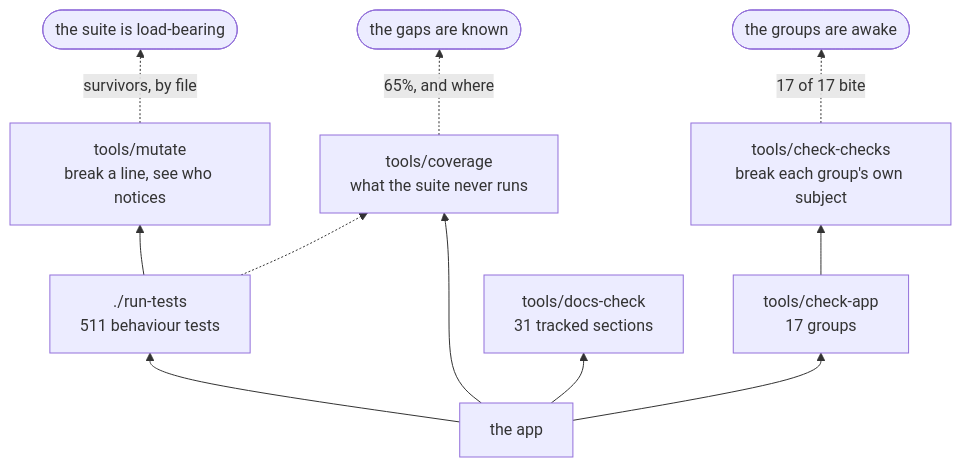
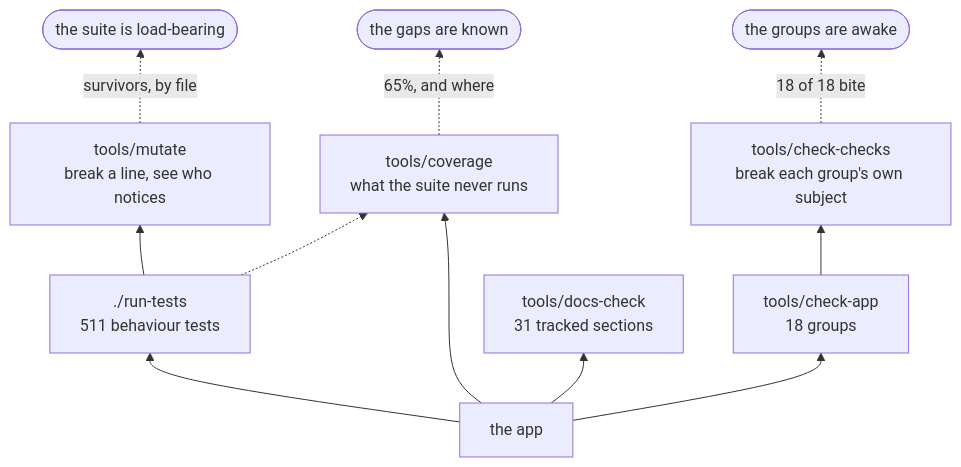
The second of 2 diagrams in docs/DEVELOPING.md (minormending/crystal-pilot-mobile), drawn with Mermaid before and after one commit. The commit also changed other lines of this file and 6 other files, not shown here.

````diff
--- a/docs/DEVELOPING.md
+++ b/docs/DEVELOPING.md
@@ -118,13 +118,13 @@
 ```mermaid
 flowchart BT
     C["the app"] --> T["./run-tests<br/>511 behaviour tests"]
-    C --> A["tools/check-app<br/>17 groups"]
+    C --> A["tools/check-app<br/>18 groups"]
     C --> D["tools/docs-check<br/>31 tracked sections"]
     C --> V["tools/coverage<br/>what the suite never runs"]
     T --> M["tools/mutate<br/>break a line, see who notices"]
     A --> K["tools/check-checks<br/>break each group's own subject"]
     T -.-> V
     M -.->|"survivors, by file"| R(["the suite is load-bearing"])
-    K -.->|"17 of 17 bite"| R2(["the groups are awake"])
+    K -.->|"18 of 18 bite"| R2(["the groups are awake"])
     V -.->|"65%, and where"| R3(["the gaps are known"])
 ```
````
